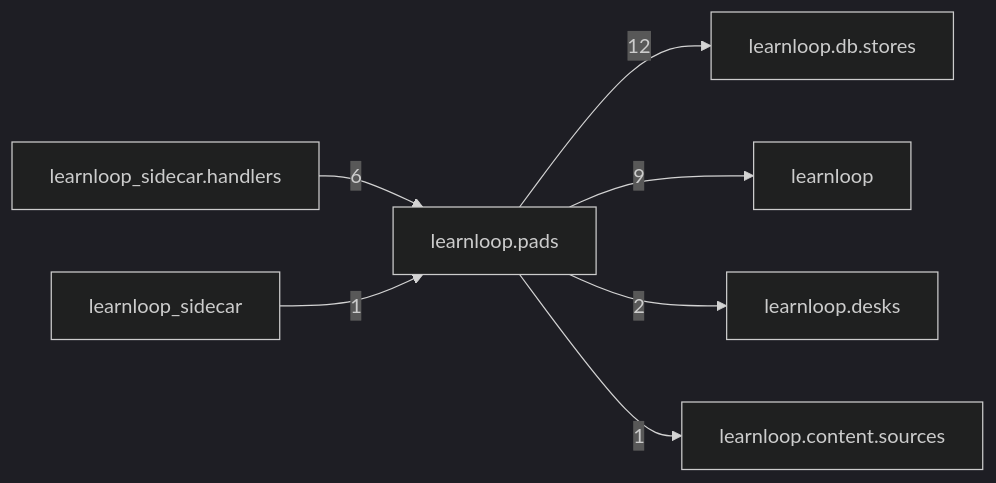
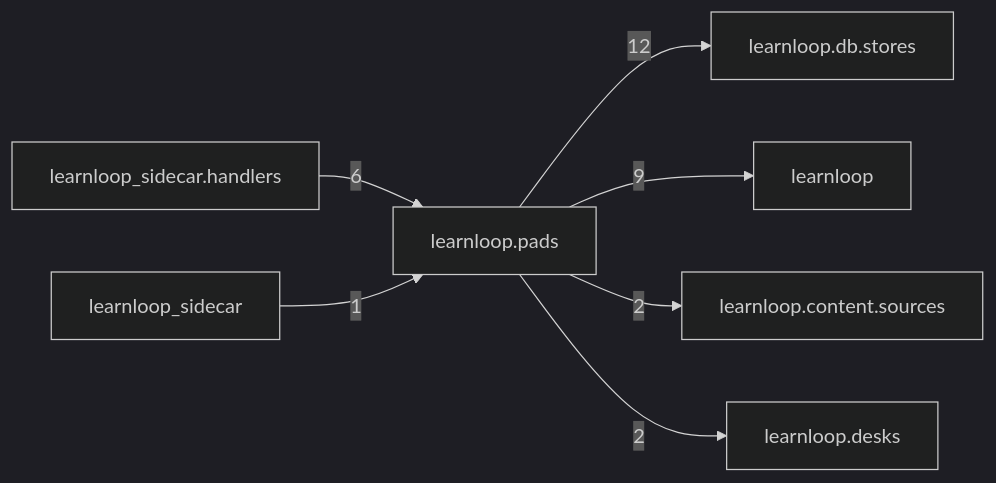
One commit to 6up-b/learnanything changed the diagram in docs/learnloop-architecture-vault/Reference/Modules/learnloop/pads/_package.md. Above: the diagram before and after it, drawn with Mermaid (dark theme). The commit also changed other lines of this file and 43 other files, not shown here.

````diff
--- a/docs/learnloop-architecture-vault/Reference/Modules/learnloop/pads/_package.md
+++ b/docs/learnloop-architecture-vault/Reference/Modules/learnloop/pads/_package.md
@@ -79,16 +79,16 @@
 ```mermaid
 flowchart LR
     center["learnloop.pads"]
     n_learnloop_db_stores["learnloop.db.stores"]
     n_learnloop["learnloop"]
     n_learnloop_sidecar_handlers["learnloop_sidecar.handlers"]
+    n_learnloop_content_sources["learnloop.content.sources"]
     n_learnloop_desks["learnloop.desks"]
-    n_learnloop_content_sources["learnloop.content.sources"]
     n_learnloop_sidecar["learnloop_sidecar"]
     center -->|12| n_learnloop_db_stores
     center -->|9| n_learnloop
     n_learnloop_sidecar_handlers -->|6| center
+    center -->|2| n_learnloop_content_sources
     center -->|2| n_learnloop_desks
-    center -->|1| n_learnloop_content_sources
     n_learnloop_sidecar -->|1| center
 ```
````
